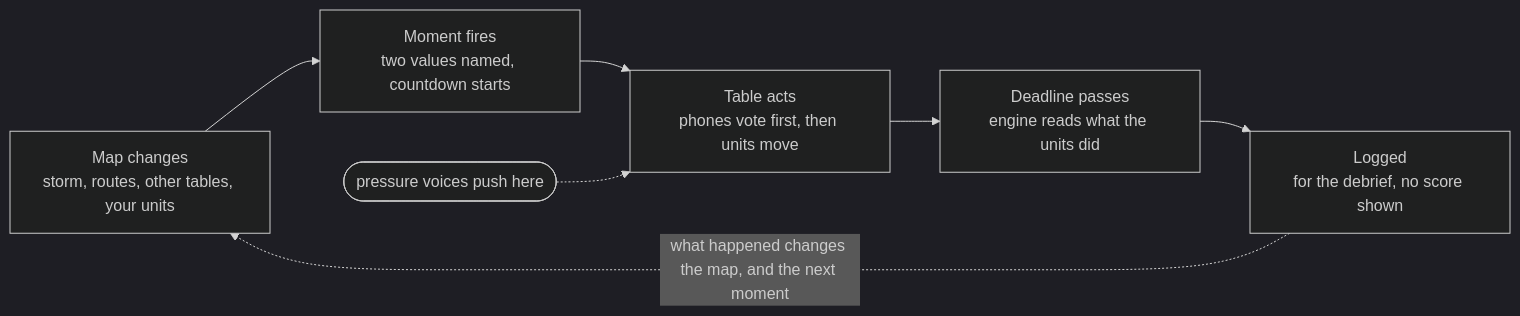
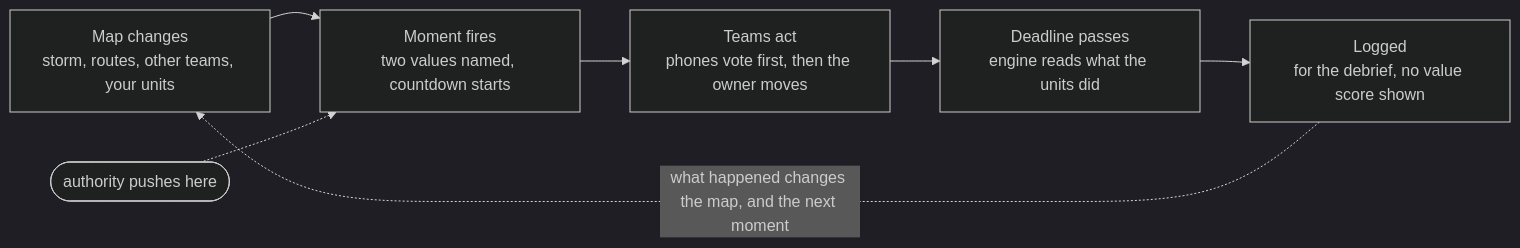
Before and after one commit to Jerrymwolf/CrucibleEngine: the first of 2 diagrams in CrucibleDocumentInventory/design-2026-10-21-rts-godot.md, drawn with Mermaid (dark theme). The commit also changed other lines of this file, not shown here.

First line of the commit message:
Design: revise the RTS design for the flow and teams decision

````diff
--- a/CrucibleDocumentInventory/design-2026-10-21-rts-godot.md
+++ b/CrucibleDocumentInventory/design-2026-10-21-rts-godot.md
@@ -128,9 +186,9 @@
 ```mermaid
 flowchart LR
-  A[Map changes<br/>storm, routes, other tables, your units] --> B[Moment fires<br/>two values named, countdown starts]
-  B --> C[Table acts<br/>phones vote first, then units move]
+  A[Map changes<br/>storm, routes, other teams, your units] --> B[Moment fires<br/>two values named, countdown starts]
+  B --> C[Teams act<br/>phones vote first, then the owner moves]
   C --> D[Deadline passes<br/>engine reads what the units did]
-  D --> E[Logged<br/>for the debrief, no score shown]
+  D --> E[Logged<br/>for the debrief, no value score shown]
   E -. what happened changes the map, and the next moment .-> A
-  P([pressure voices push here]) -.-> C
+  P([authority pushes here]) -.-> B
 ```
````
